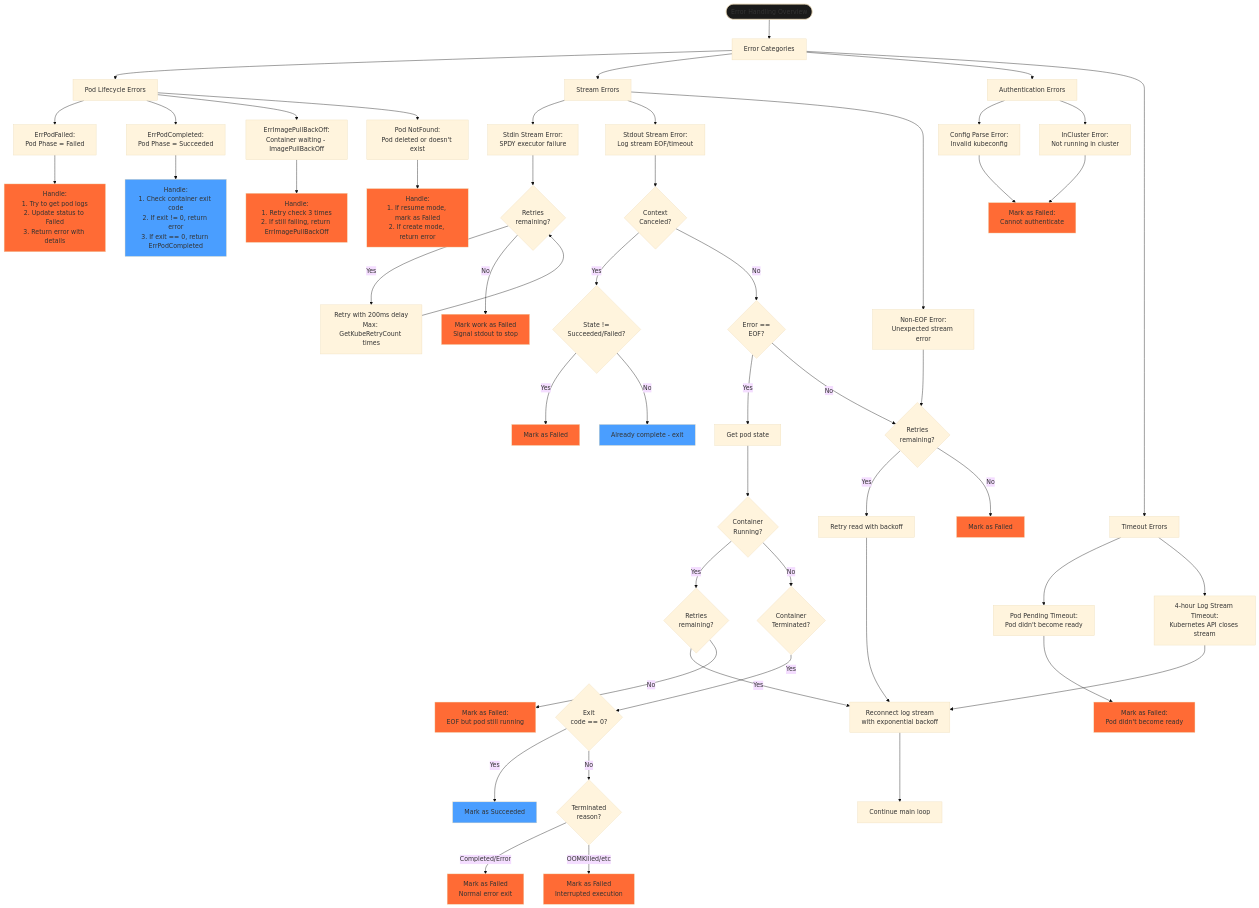
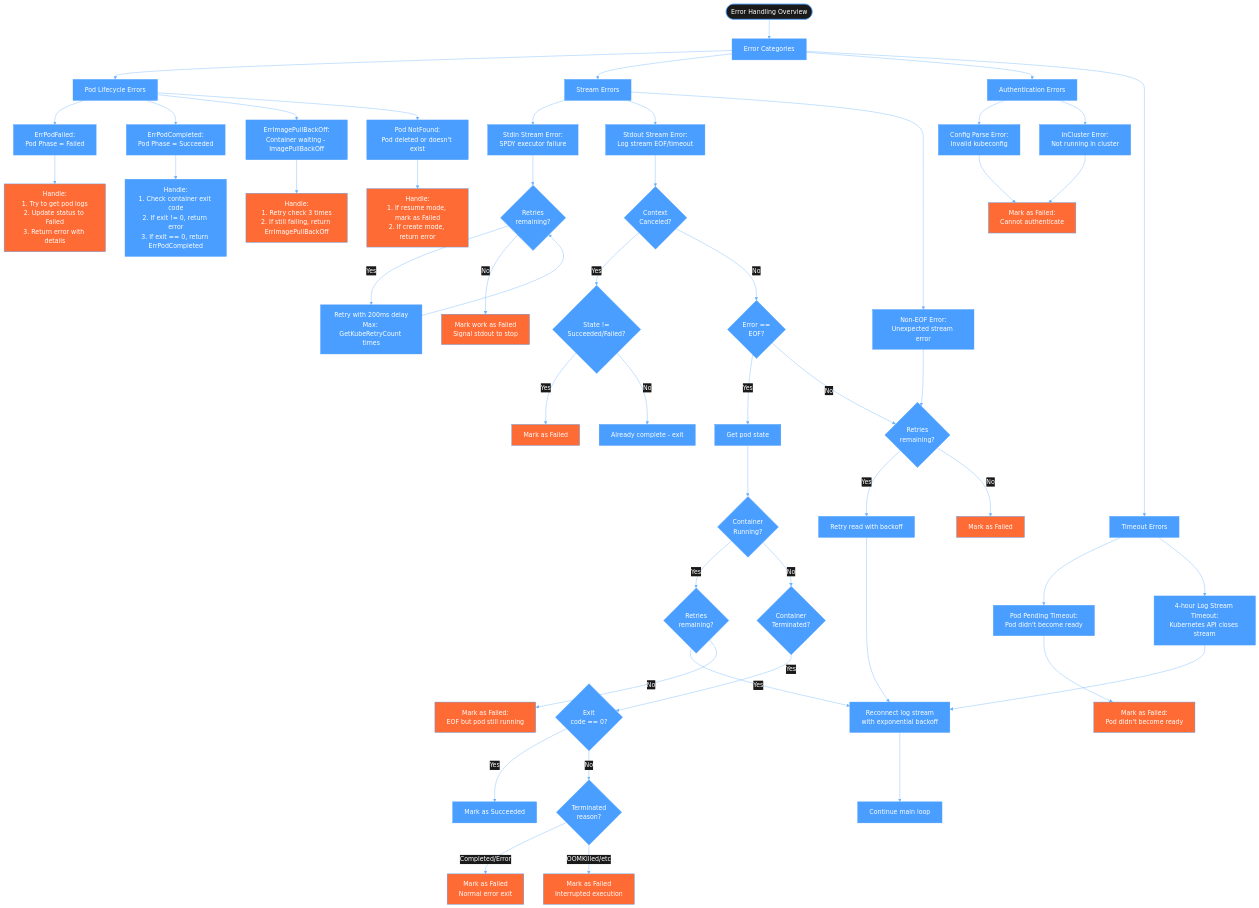
Before and after one commit to ansible/receptor: the seventh of 7 diagrams in docs/diagrams/kubernetes_workflow.md, drawn with Mermaid. The commit also changed other lines of this file, not shown here.

Commit message:
Update line color to make it easier to see on dark mode

````diff
--- a/docs/diagrams/kubernetes_workflow.md
+++ b/docs/diagrams/kubernetes_workflow.md
@@ -700,5 +700,5 @@
 ```mermaid
-%%{init: {'theme':'base', 'themeVariables': { 'actorBkg':'#000000', 'actorBorder':'#4a9eff', 'actorTextColor':'#ffffff', 'actorLineColor':'#4a9eff', 'signalColor':'#ffffff', 'signalTextColor':'#ffffff', 'labelBoxBkgColor':'#000000', 'labelBoxBorderColor':'#4a9eff', 'labelTextColor':'#ffffff', 'loopTextColor':'#ffffff', 'noteBkgColor':'#000000', 'noteTextColor':'#ffffff', 'noteBorderColor':'#ff6b35', 'activationBkgColor':'#1a1a1a', 'activationBorderColor':'#4a9eff', 'sequenceNumberColor':'#000000'}}}%%
+%%{init: {'theme':'base', 'themeVariables': { 'primaryColor':'#4a9eff', 'primaryTextColor':'#ffffff', 'primaryBorderColor':'#4a9eff', 'lineColor':'#6bb3ff', 'secondaryColor':'#1a1a1a', 'tertiaryColor':'#2a2a2a', 'background':'#000000', 'mainBkgColor':'#000000', 'secondBkgColor':'#1a1a1a', 'nodeBkg':'#1a1a1a', 'nodeBorder':'#4a9eff', 'clusterBkg':'#0a0a0a', 'clusterBorder':'#4a9eff', 'defaultLinkColor':'#6bb3ff', 'titleColor':'#ffffff', 'edgeLabelBackground':'#1a1a1a', 'actorBkg':'#000000', 'actorBorder':'#4a9eff', 'actorTextColor':'#ffffff', 'actorLineColor':'#4a9eff', 'signalColor':'#ffffff', 'signalTextColor':'#ffffff', 'labelBoxBkgColor':'#000000', 'labelBoxBorderColor':'#4a9eff', 'labelTextColor':'#ffffff', 'loopTextColor':'#ffffff', 'noteBkgColor':'#000000', 'noteTextColor':'#ffffff', 'noteBorderColor':'#ff6b35', 'activationBkgColor':'#1a1a1a', 'activationBorderColor':'#4a9eff', 'sequenceNumberColor':'#000000'}}}%%
 flowchart TD
     Start([Error Handling Overview]) --> ErrorTypes[Error Categories]
     
````
